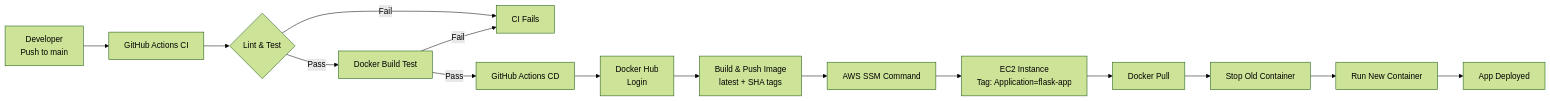
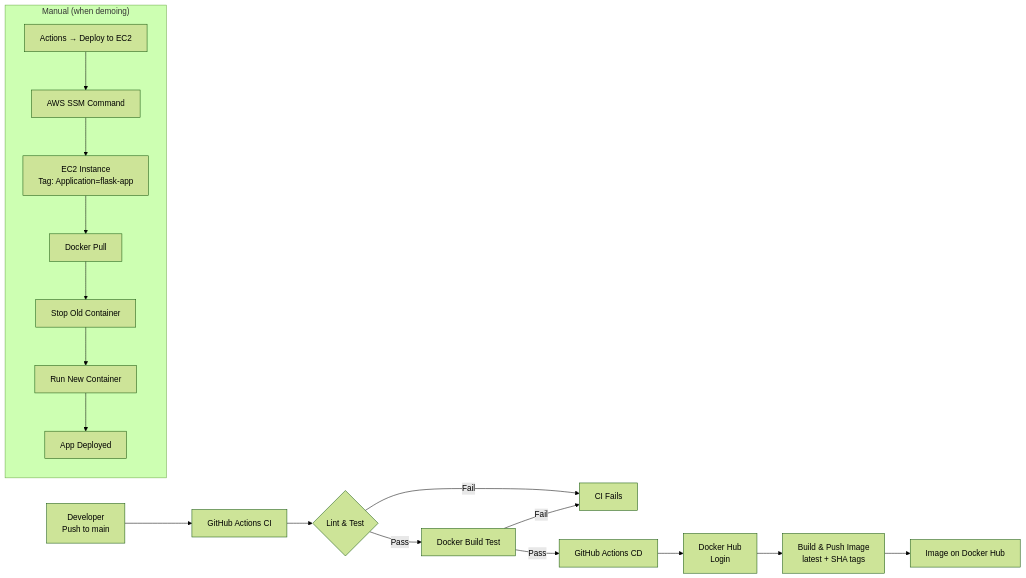
Before and after one commit to Mafalves/dockerized-app-cicd-aws-1125: the diagram in README.md, drawn with Mermaid (forest theme). The commit also changed other lines of this file, not shown here.

Commit message:
Update README: CD is build-push only, EC2 deploy is manual

````diff
--- a/README.md
+++ b/README.md
@@ -14,17 +14,21 @@
 ```mermaid
 graph LR
     A[Developer<br/>Push to main] --> B[GitHub Actions CI]
     B --> C{Lint & Test}
     C -->|Pass| D[Docker Build Test]
     C -->|Fail| E[CI Fails]
     D -->|Pass| F[GitHub Actions CD]
     D -->|Fail| E
     F --> G[Docker Hub<br/>Login]
     G --> H[Build & Push Image<br/>latest + SHA tags]
-    H --> I[AWS SSM Command]
-    I --> J[EC2 Instance<br/>Tag: Application=flask-app]
-    J --> K[Docker Pull]
-    K --> L[Stop Old Container]
-    L --> M[Run New Container]
-    M --> N[App Deployed]
+    H --> I[Image on Docker Hub]
+    
+    subgraph Manual["Manual (when demoing)"]
+        J[Actions → Deploy to EC2] --> K[AWS SSM Command]
+        K --> L[EC2 Instance<br/>Tag: Application=flask-app]
+        L --> M[Docker Pull]
+        M --> N[Stop Old Container]
+        N --> O[Run New Container]
+        O --> P[App Deployed]
+    end
 ```
````
